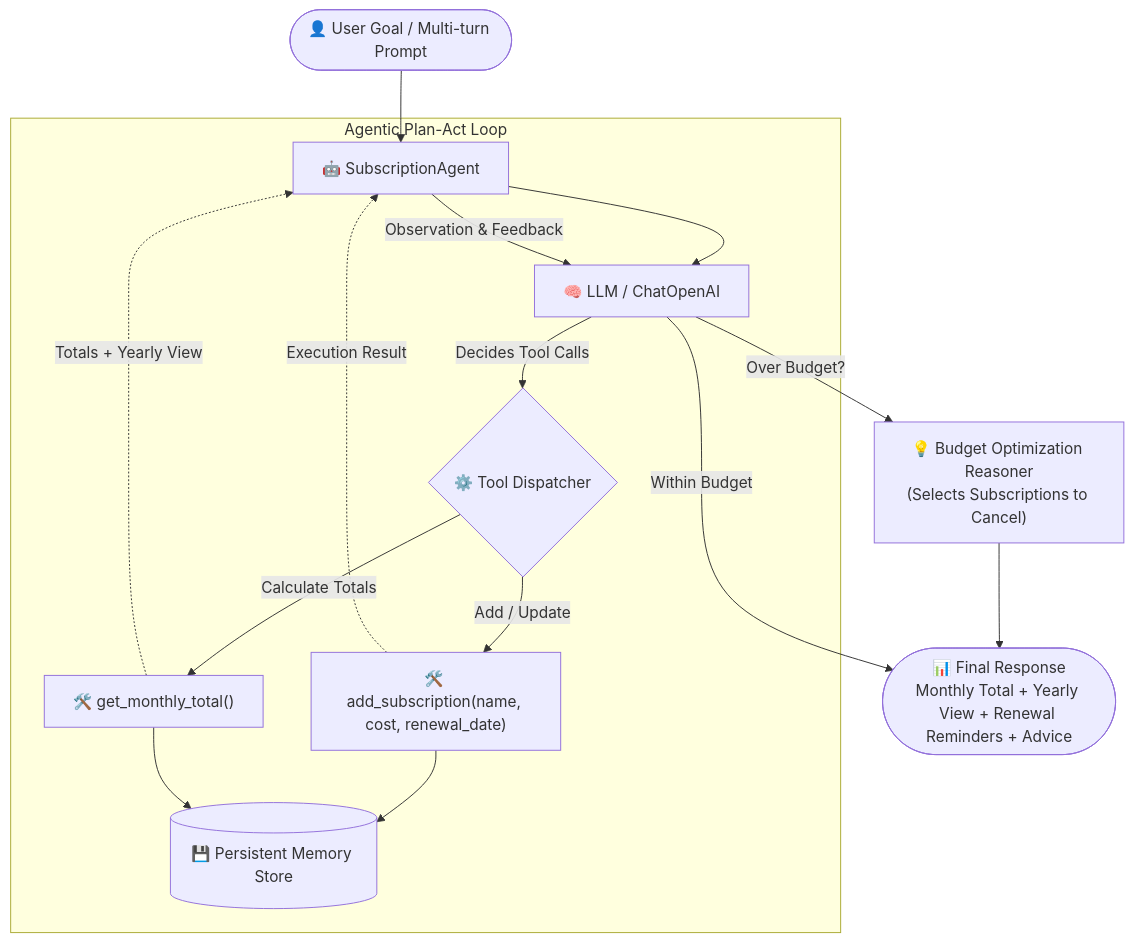
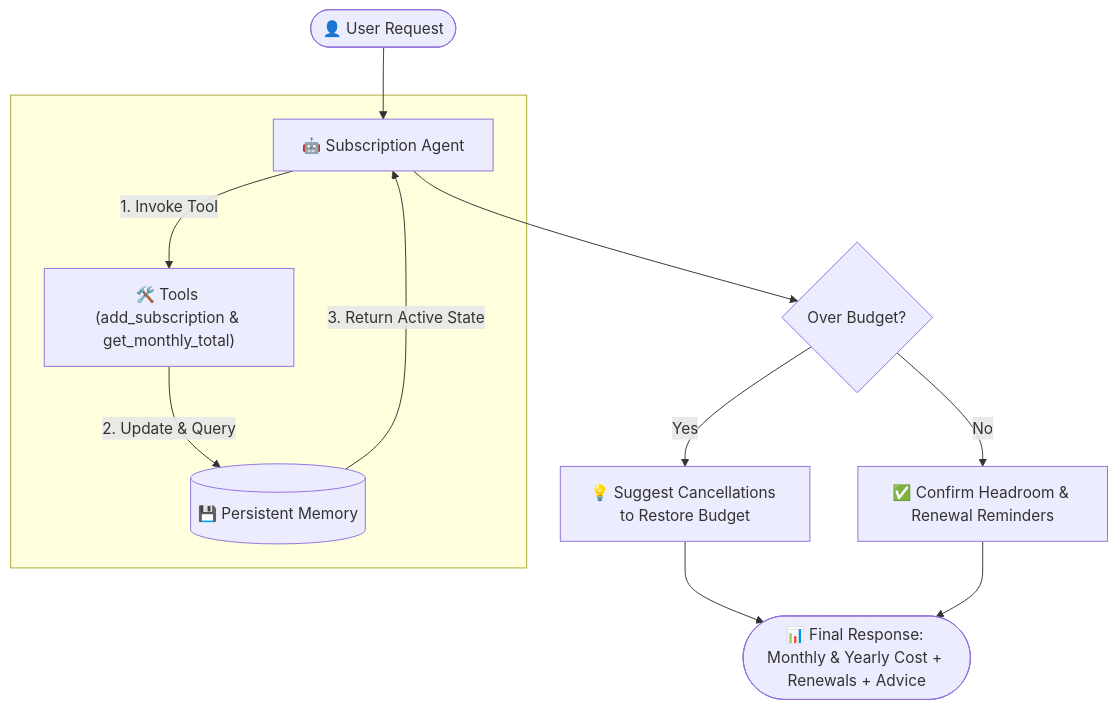
Before and after one commit to NagaChaitanya5143/subscription_manager: the diagram in README.md, drawn with Mermaid. The commit also changed other lines of this file, not shown here.

Commit message:
docs: simplify architecture diagram for fast visual comprehension

````diff
--- a/README.md
+++ b/README.md
@@ -13,24 +13,17 @@
 ```mermaid
 flowchart TD
-    User([👤 User Goal / Multi-turn Prompt]) --> Agent[🤖 SubscriptionAgent]
-    
-    subgraph Agentic Plan-Act Loop
-        Agent --> LLM[🧠 LLM / ChatOpenAI]
-        LLM -- Decides Tool Calls --> Dispatcher{⚙️ Tool Dispatcher}
-        
-        Dispatcher -->|Add / Update| Tool1["🛠️ add_subscription(name, cost, renewal_date)"]
-        Dispatcher -->|Calculate Totals| Tool2["🛠️ get_monthly_total()"]
-        
-        Tool1 --> Store[(💾 Persistent Memory Store)]
-        Tool2 --> Store
-        
-        Tool1 -. "Execution Result" .-> Agent
-        Tool2 -. "Totals + Yearly View" .-> Agent
-        
-        Agent -- "Observation & Feedback" --> LLM
+    User([👤 User Request]) --> Agent[🤖 Subscription Agent]
+
+    subgraph Memory_And_Tools [" "]
+        Agent -->|1. Invoke Tool| Tools["🛠️ Tools (add_subscription & get_monthly_total)"]
+        Tools -->|2. Update & Query| Memory[(💾 Persistent Memory)]
+        Memory -->|3. Return Active State| Agent
     end
-    
-    LLM -- "Over Budget?" --> Reasoner["💡 Budget Optimization Reasoner\n(Selects Subscriptions to Cancel)"]
-    Reasoner --> Output([📊 Final Response\nMonthly Total + Yearly View + Renewal Reminders + Advice])
-    LLM -- "Within Budget" --> Output
+
+    Agent --> Decision{Over Budget?}
+    Decision -->|Yes| Cancel["💡 Suggest Cancellations to Restore Budget"]
+    Decision -->|No| OK["✅ Confirm Headroom & Renewal Reminders"]
+
+    Cancel --> Response([📊 Final Response: Monthly & Yearly Cost + Renewals + Advice])
+    OK --> Response
 ```
````
